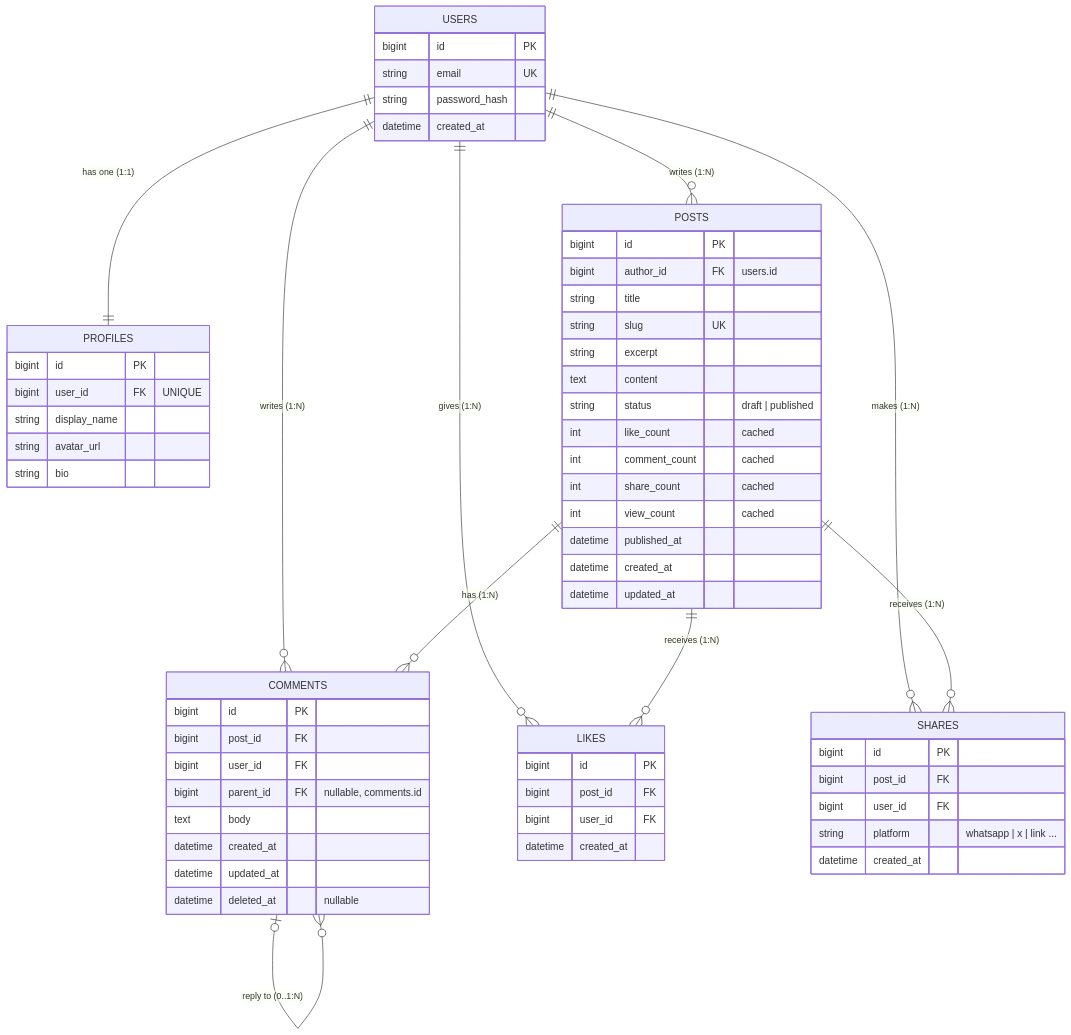
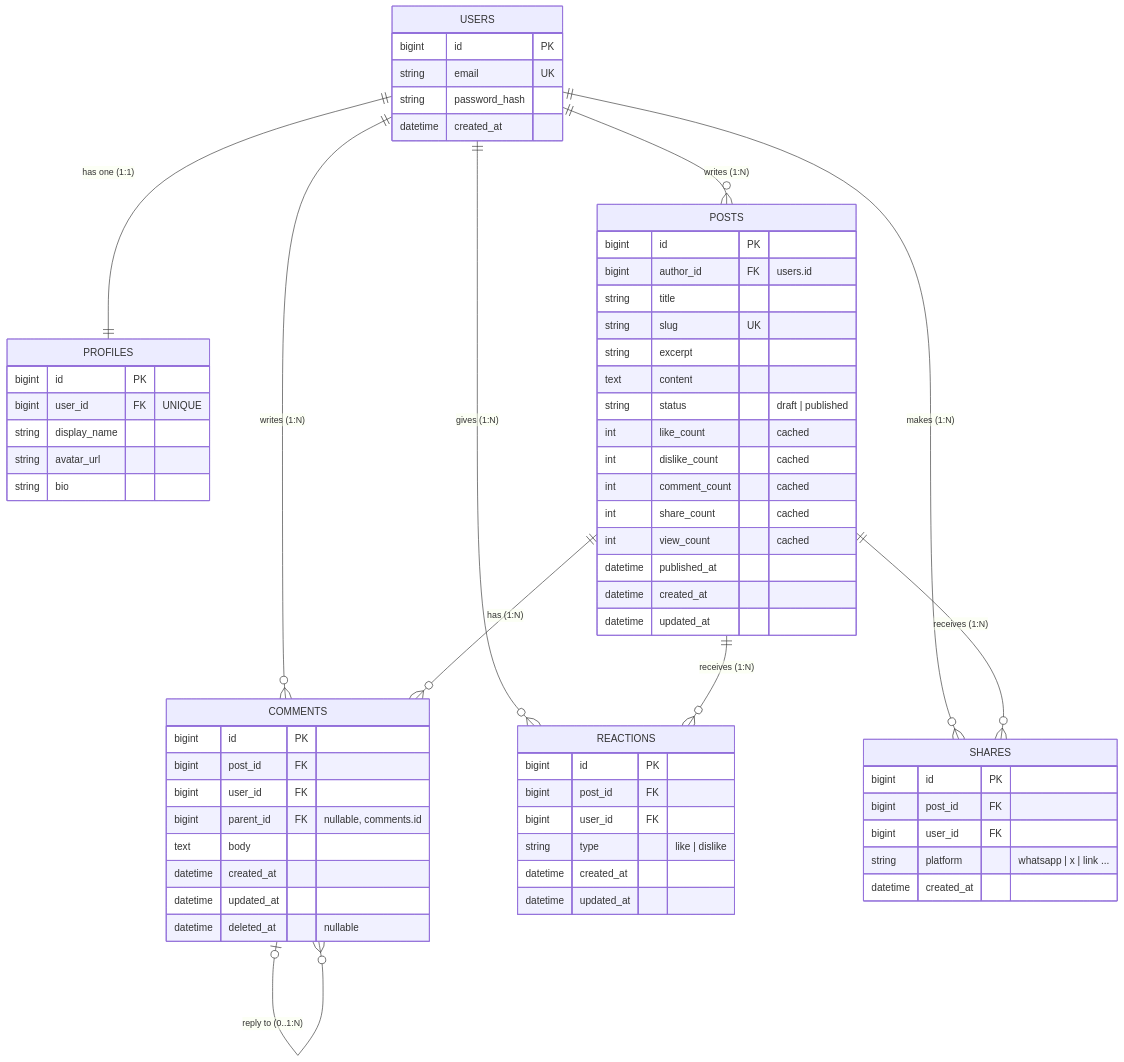
Before and after one commit to Ashukr321/Complete-Database-Modeling-Basic-to-Advanced: the third of 4 diagrams in projects/blog-application/README.md, drawn with Mermaid. The commit also changed other lines of this file and 4 other files, not shown here.

Commit message:
docs(blog-app): add v1 API design + OpenAPI spec with profiles and like/dislike reactions; fix(website): hide .md in sidebar titles

````diff
--- a/projects/blog-application/README.md
+++ b/projects/blog-application/README.md
@@ -113,65 +132,68 @@
 ```mermaid
 erDiagram
   USERS ||--|| PROFILES : "has one (1:1)"
   USERS ||--o{ POSTS : "writes (1:N)"
   USERS ||--o{ COMMENTS : "writes (1:N)"
-  USERS ||--o{ LIKES : "gives (1:N)"
+  USERS ||--o{ REACTIONS : "gives (1:N)"
   USERS ||--o{ SHARES : "makes (1:N)"
   POSTS ||--o{ COMMENTS : "has (1:N)"
-  POSTS ||--o{ LIKES : "receives (1:N)"
+  POSTS ||--o{ REACTIONS : "receives (1:N)"
   POSTS ||--o{ SHARES : "receives (1:N)"
   COMMENTS |o--o{ COMMENTS : "reply to (0..1:N)"
 
   USERS {
     bigint id PK
     string email UK
     string password_hash
     datetime created_at
   }
   PROFILES {
     bigint id PK
     bigint user_id FK "UNIQUE"
     string display_name
     string avatar_url
     string bio
   }
   POSTS {
     bigint id PK
     bigint author_id FK "users.id"
     string title
     string slug UK
     string excerpt
     text content
     string status "draft | published"
     int like_count "cached"
+    int dislike_count "cached"
     int comment_count "cached"
     int share_count "cached"
     int view_count "cached"
     datetime published_at
     datetime created_at
     datetime updated_at
   }
   COMMENTS {
     bigint id PK
     bigint post_id FK
     bigint user_id FK
     bigint parent_id FK "nullable, comments.id"
     text body
     datetime created_at
     datetime updated_at
     datetime deleted_at "nullable"
   }
-  LIKES {
+  REACTIONS {
     bigint id PK
     bigint post_id FK
     bigint user_id FK
+    string type "like | dislike"
     datetime created_at
+    datetime updated_at
   }
   SHARES {
     bigint id PK
     bigint post_id FK
     bigint user_id FK
     string platform "whatsapp | x | link ..."
     datetime created_at
   }
 ```
````
